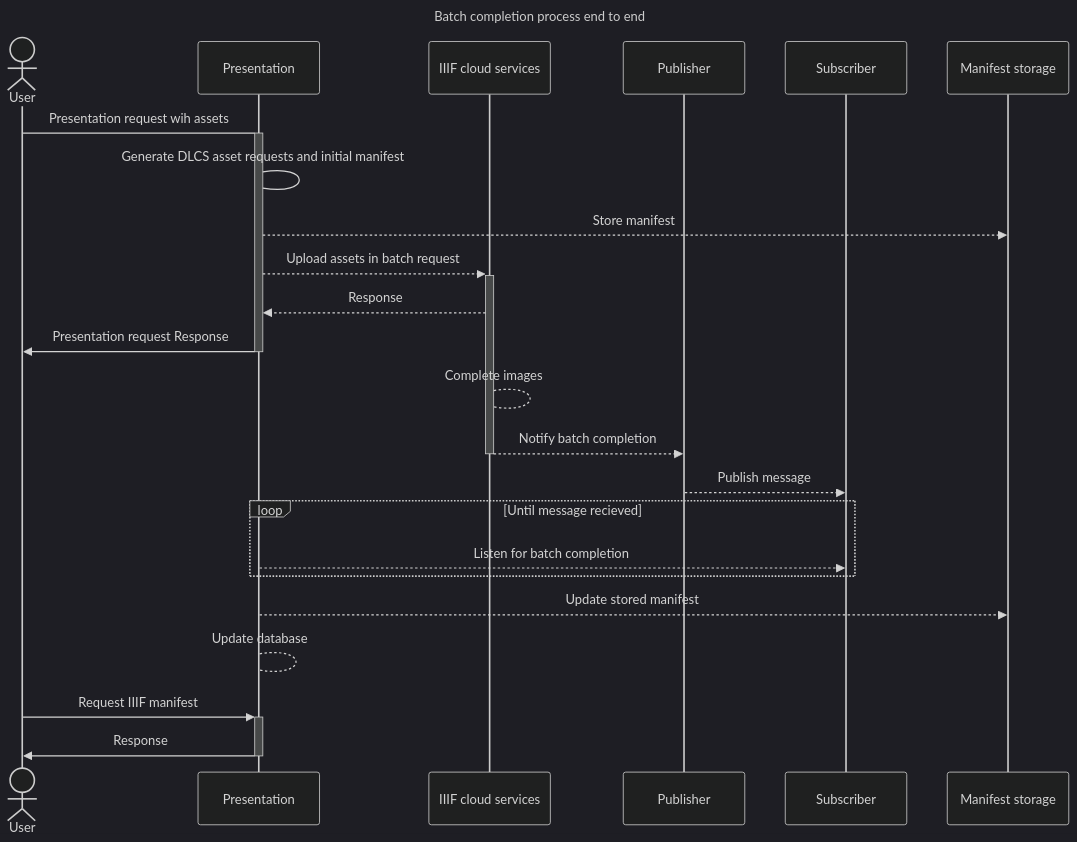
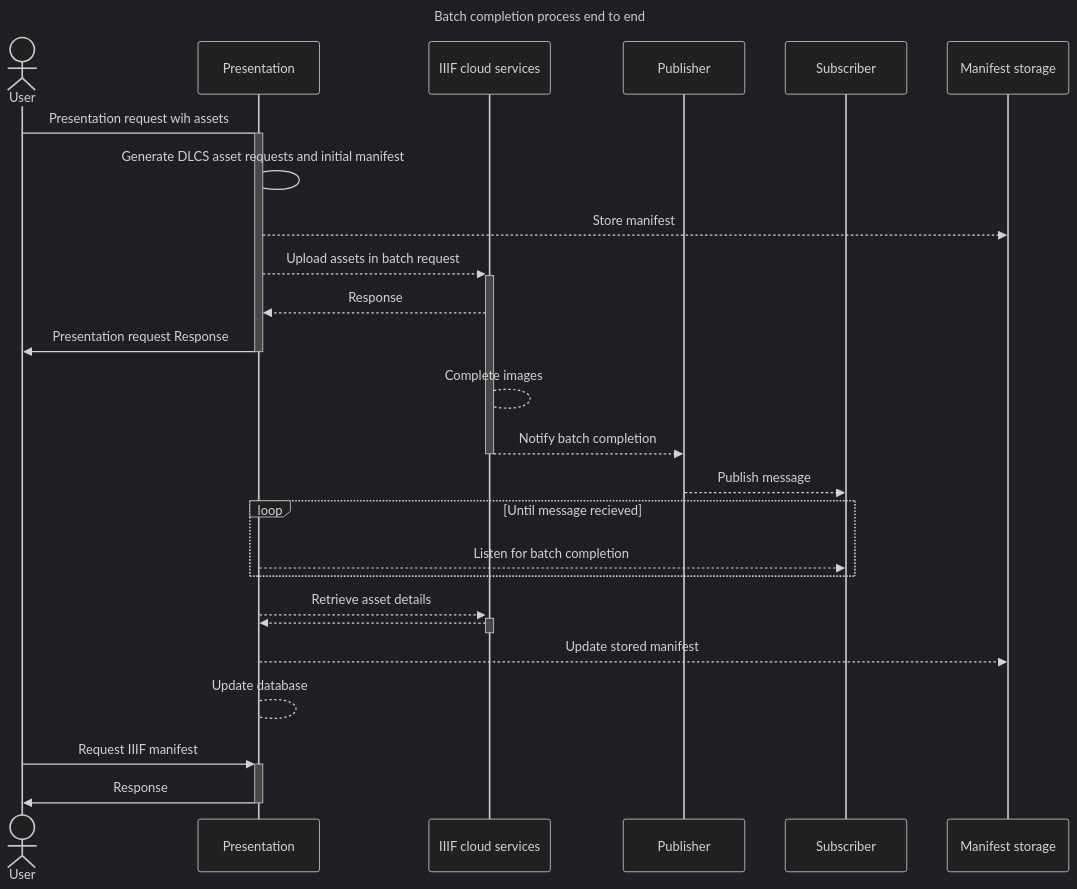
Before and after one commit to dlcs/iiif-presentation: the first of 2 diagrams in docs/rfcs/0002-batch-completion.md, drawn with Mermaid (dark theme).

Commit message:
Update arrow

````diff
--- a/docs/rfcs/0002-batch-completion.md
+++ b/docs/rfcs/0002-batch-completion.md
@@ -17,28 +17,30 @@
 ```mermaid
 ---
 title: Batch completion process end to end
 ---
 sequenceDiagram
     actor User
     participant P as Presentation
     participant D as IIIF cloud services
     participant PU as Publisher
     participant SU as Subscriber
     participant S as Manifest storage
     User ->+ P: Presentation request wih assets
     P -> P: Generate DLCS asset requests and initial manifest
     P -->> S: Store manifest
     P -->>+ D: Upload assets in batch request
     D -->> P: Response
     P ->>- User: Presentation request Response
     D --> D: Complete images
     D -->>- PU: Notify batch completion
     PU -->> SU: Publish message
     loop Until message recieved
     P -->> SU: Listen for batch completion
     end
+    P -->>+ D: Retrieve asset details
+    D -->>- P: 
     P -->> S: Update stored manifest
     P --> P: Update database
     User ->>+ P: Request IIIF manifest
     P ->>- User: Response
 ```
````
